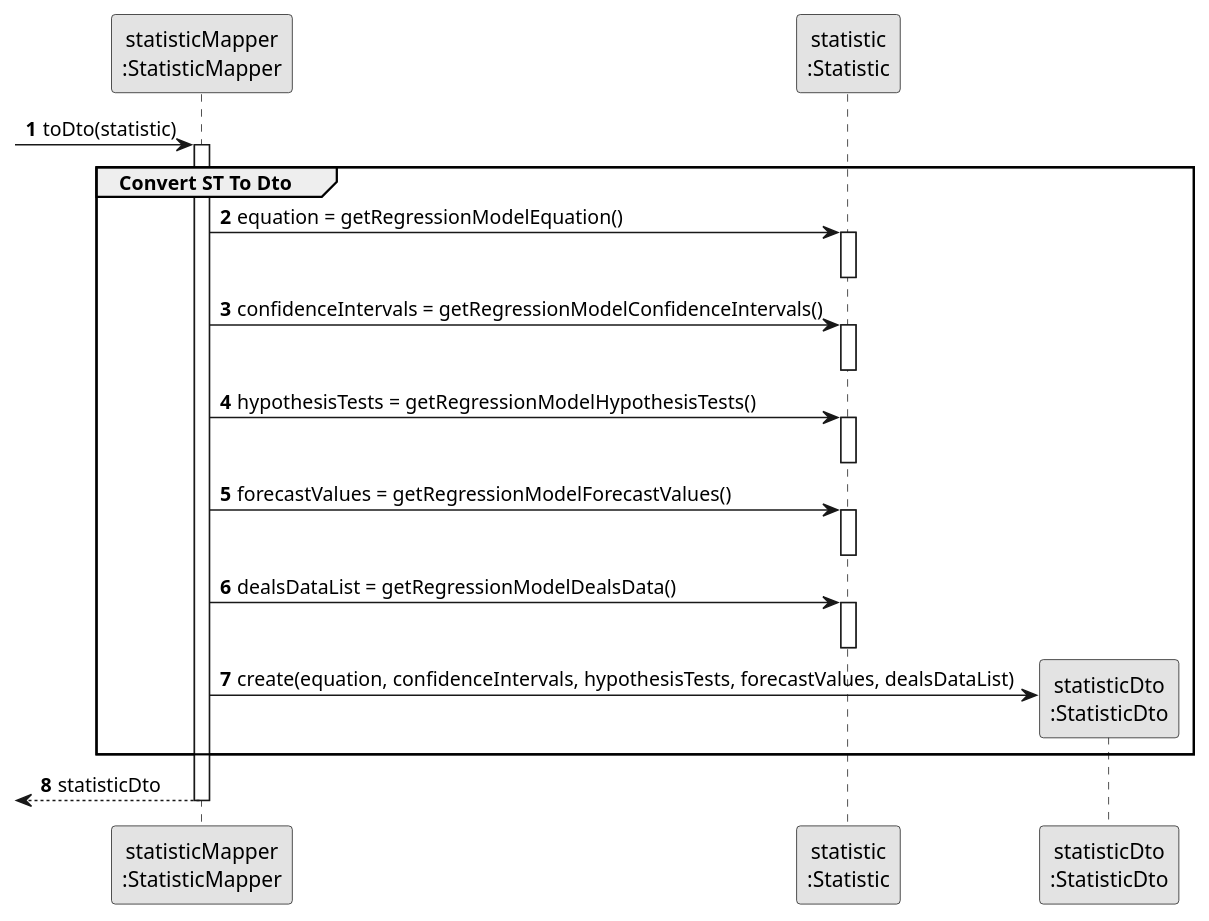
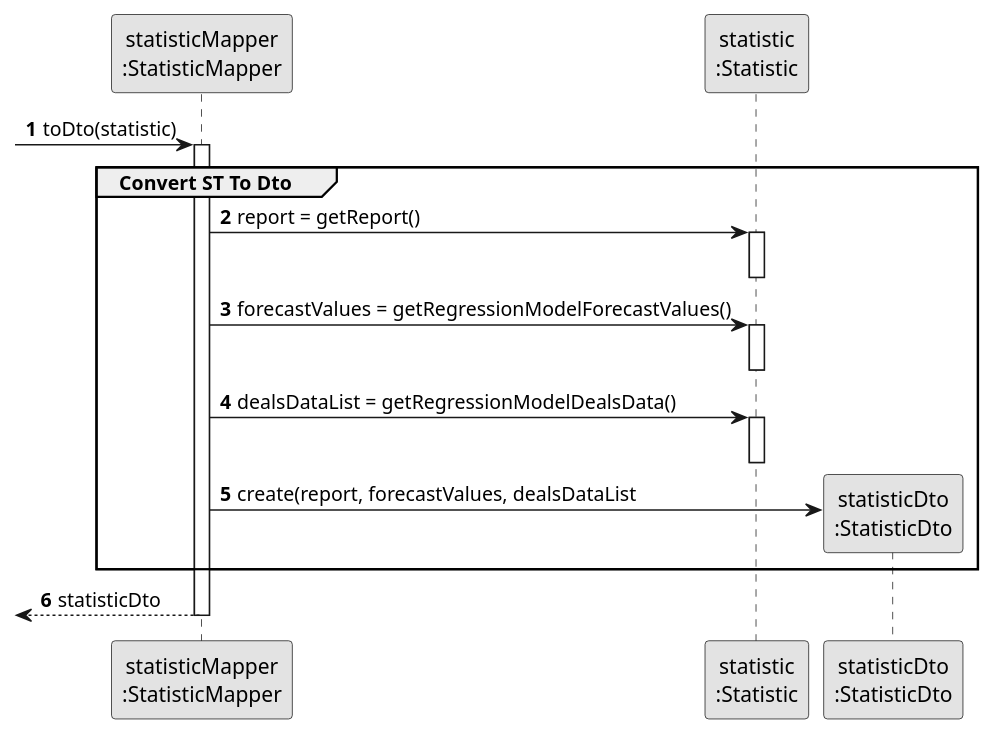
Before and after one commit to rita-barbosa/LAPR2-2223: the diagram in docs/sprintD/us018/03.design/puml/us018-sequence-diagram-partial-convert-statistic-to-dto.puml, drawn with PlantUML. The commit also changed 3 other files, not shown here.

Commit message:
Update sequence & class diagram [US018][Design]

```diff
--- a/docs/sprintD/us018/03.design/puml/us018-sequence-diagram-partial-convert-statistic-to-dto.puml
+++ b/docs/sprintD/us018/03.design/puml/us018-sequence-diagram-partial-convert-statistic-to-dto.puml
@@ -1,48 +1,39 @@
 @startuml
 skinparam monochrome true
 skinparam packageStyle rectangle
 skinparam shadowing false
 
 autonumber
 
 
 participant "statisticMapper\n:StatisticMapper" as STMapper
 participant "statistic\n:Statistic" as ST
 participant "statisticDto\n:StatisticDto" as STDto
 
 autonumber
 -> STMapper : toDto(statistic)
     activate STMapper
 
     group Convert ST To Dto
 
-        STMapper -> ST: equation = getRegressionModelEquation()
-        activate ST
-        deactivate ST
-
-        STMapper -> ST: confidenceIntervals = getRegressionModelConfidenceIntervals()
-        activate ST
-        deactivate ST
-
-        STMapper -> ST: hypothesisTests = getRegressionModelHypothesisTests()
+        STMapper -> ST: report = getReport()
         activate ST
         deactivate ST
 
         STMapper -> ST: forecastValues = getRegressionModelForecastValues()
         activate ST
         deactivate ST
 
         STMapper -> ST : dealsDataList = getRegressionModelDealsData()
         activate ST
         deactivate ST
 
-        STMapper -> STDto** : create(equation, confidenceIntervals, hypothesisTests, forecastValues, dealsDataList)
-
+        STMapper -> STDto** : create(report, forecastValues, dealsDataList
 
  end group
 
     <-- STMapper : statisticDto
     deactivate STMapper
 
 
 @enduml
```
